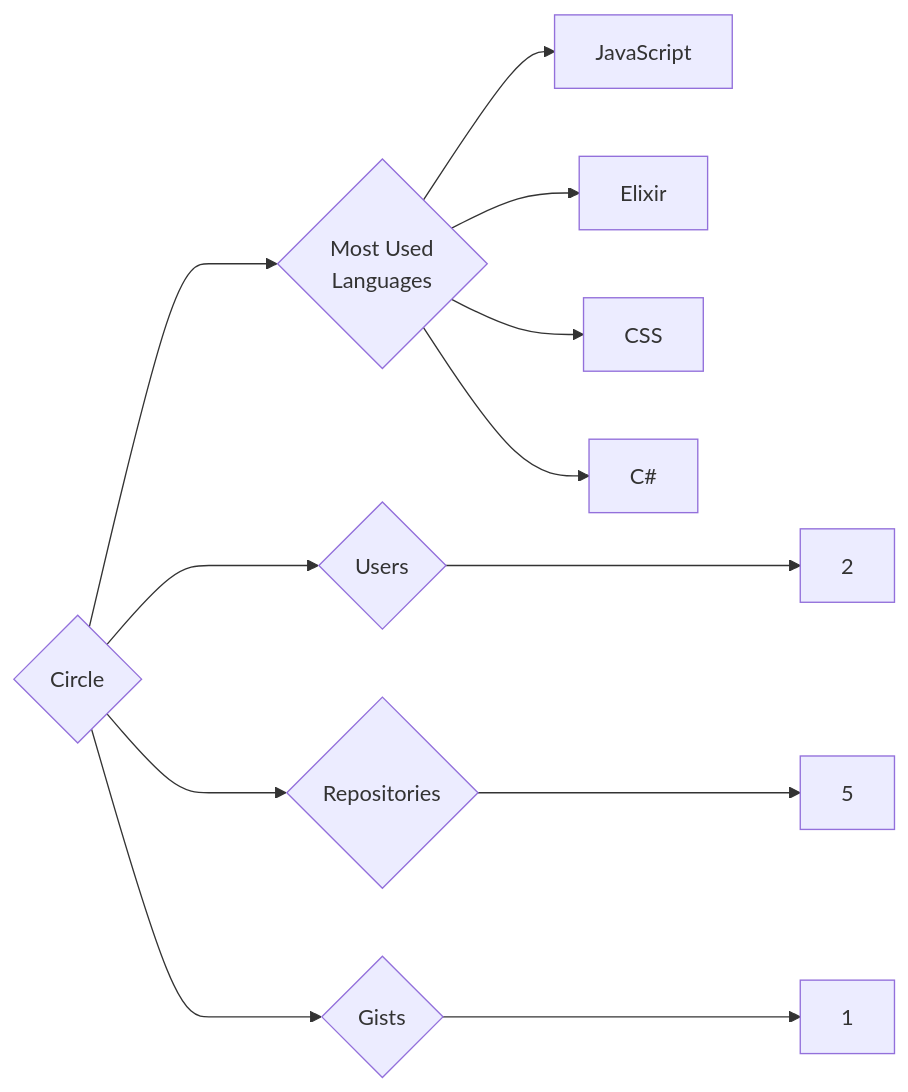
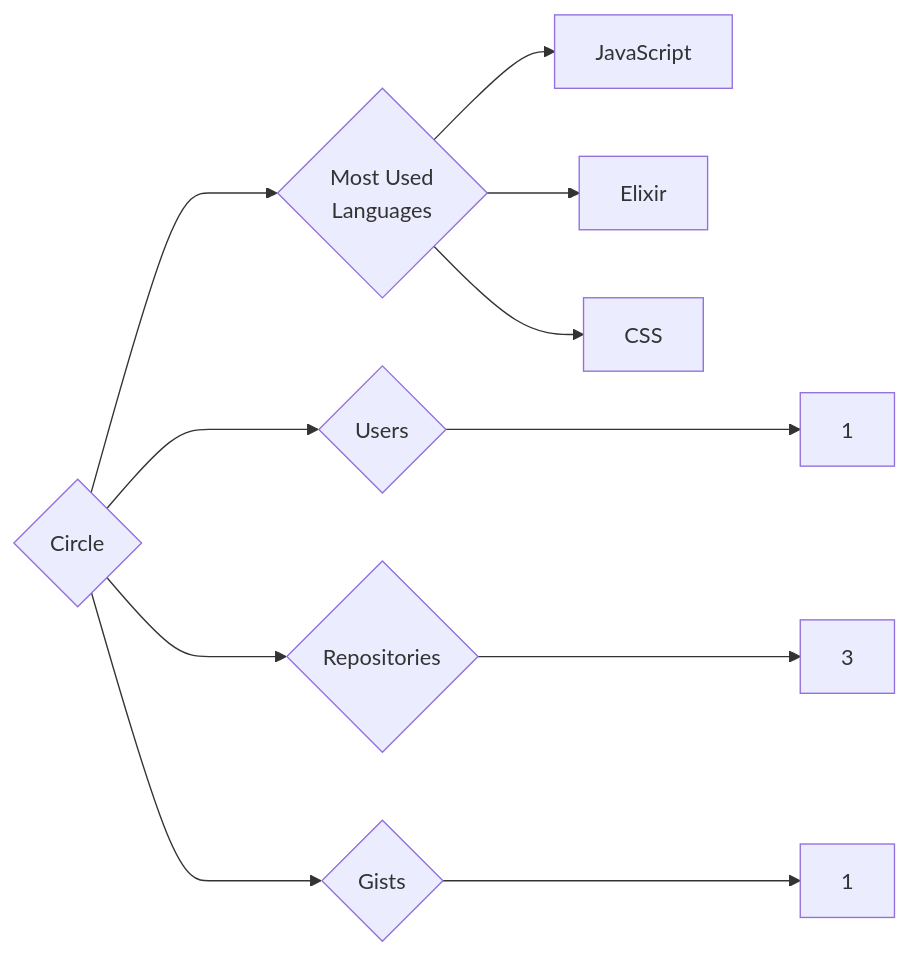
Before and after one commit to trickest/insiders: the diagram in targets/Circle/README.md, drawn with Mermaid. The commit also changed 681 other files, not shown here.

````diff
--- a/targets/Circle/README.md
+++ b/targets/Circle/README.md
@@ -3,12 +3,11 @@
 ```mermaid
 graph LR
 COMPANY_NAME{Circle}
-COMPANY_NAME ---> U{Users} ---> UN[2]
-COMPANY_NAME ---> R{Repositories} ---> RN[5]
+COMPANY_NAME ---> U{Users} ---> UN[1]
+COMPANY_NAME ---> R{Repositories} ---> RN[3]
 COMPANY_NAME ---> G{Gists} ---> GN[1]
 COMPANY_NAME ---> ML{Most Used<br>Languages}
 ML --> JavaScript[JavaScript]
 ML --> Elixir[Elixir]
 ML --> CSS[CSS]
-ML --> C#[C#]
 ```
````
